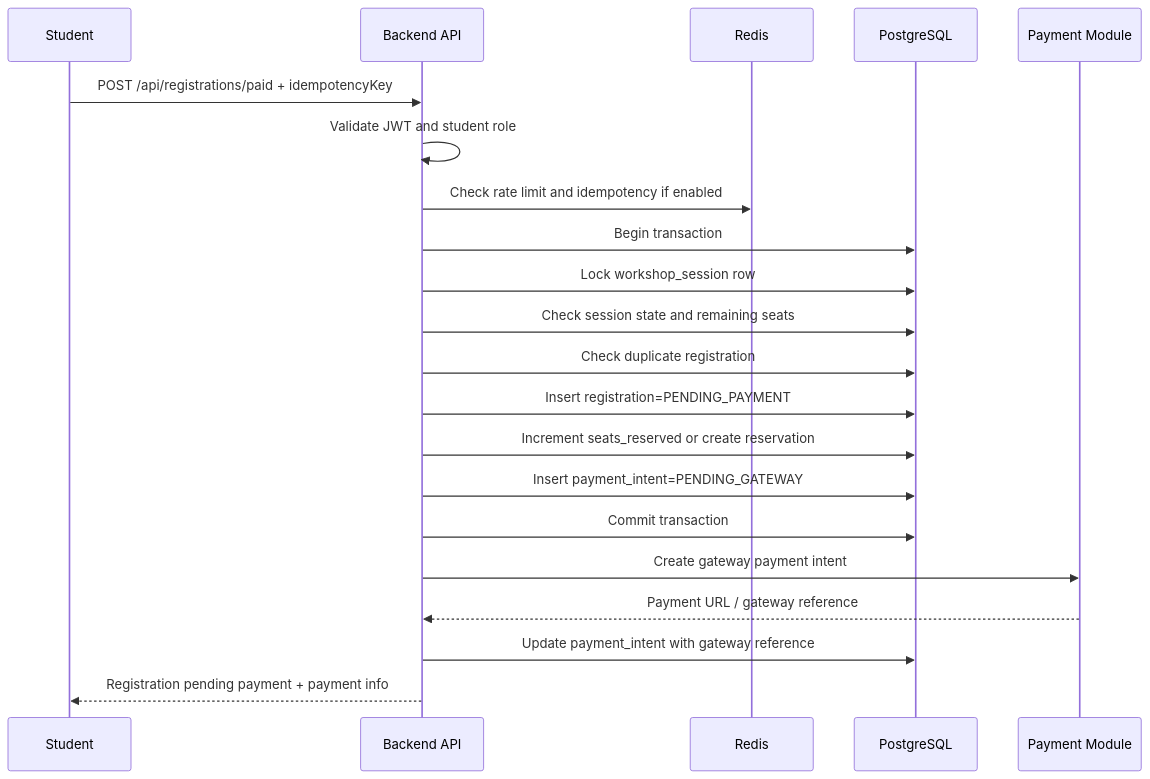
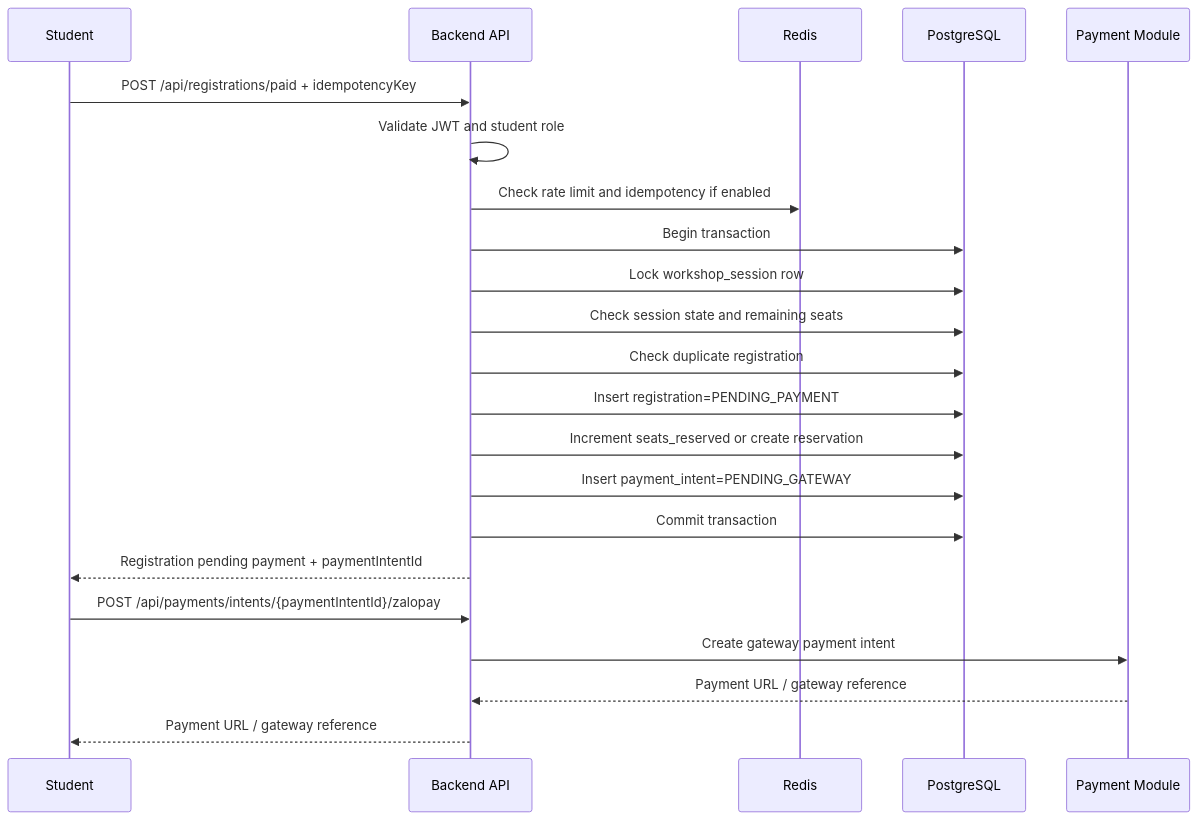
One commit to NguyenThanhTien539/unihub-workshop-system changed the second of 5 diagrams in blueprint/specs/registration.md. Above: the diagram before and after it, drawn with Mermaid. The commit also changed other lines of this file and 22 other files, not shown here.

````diff
--- a/blueprint/specs/registration.md
+++ b/blueprint/specs/registration.md
@@ -106,24 +106,25 @@
 ```mermaid
 sequenceDiagram
     participant S as Student
     participant API as Backend API
     participant Redis as Redis
     participant DB as PostgreSQL
     participant Pay as Payment Module
 
     S->>API: POST /api/registrations/paid + idempotencyKey
     API->>API: Validate JWT and student role
     API->>Redis: Check rate limit and idempotency if enabled
     API->>DB: Begin transaction
     API->>DB: Lock workshop_session row
     API->>DB: Check session state and remaining seats
     API->>DB: Check duplicate registration
     API->>DB: Insert registration=PENDING_PAYMENT
     API->>DB: Increment seats_reserved or create reservation
     API->>DB: Insert payment_intent=PENDING_GATEWAY
     API->>DB: Commit transaction
+    API-->>S: Registration pending payment + paymentIntentId
+    S->>API: POST /api/payments/intents/{paymentIntentId}/zalopay
     API->>Pay: Create gateway payment intent
     Pay-->>API: Payment URL / gateway reference
-    API->>DB: Update payment_intent with gateway reference
-    API-->>S: Registration pending payment + payment info
+    API-->>S: Payment URL / gateway reference
 ```
````
